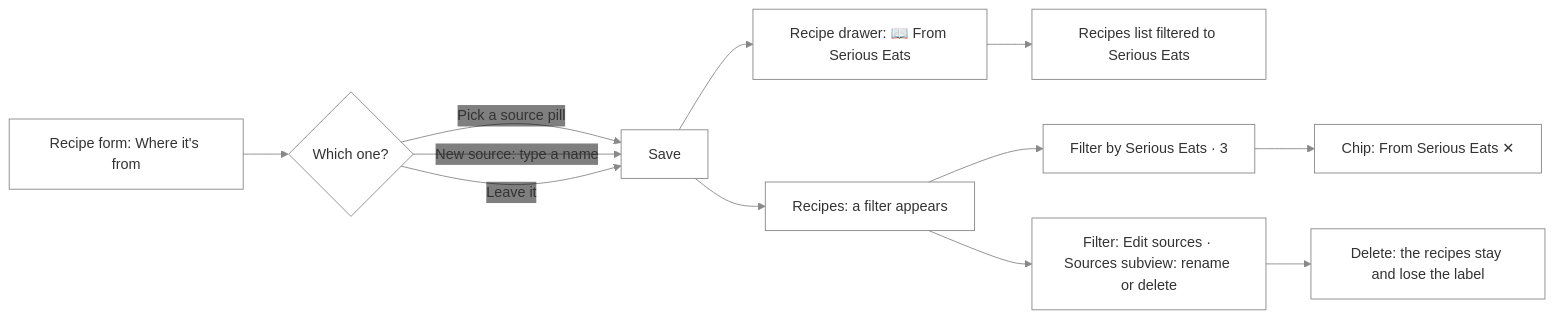
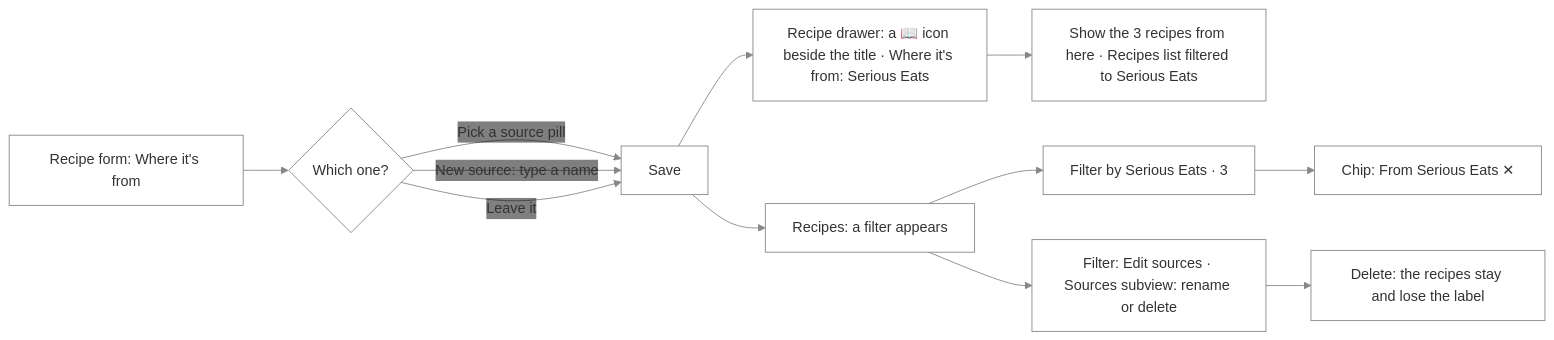
One commit to NovaMoonX/moondreams-dev-apps changed diagram 40 of 54 in src/apps/pinch/UX.md. Above: the diagram before and after it, drawn with Mermaid. The commit also changed other lines of this file and 4 other files, not shown here.

````diff
--- a/src/apps/pinch/UX.md
+++ b/src/apps/pinch/UX.md
@@ -1337,13 +1327,13 @@
 ```mermaid
 %%{init: {'theme': 'base', 'themeVariables': {'primaryColor': 'transparent', 'clusterBkg': 'transparent', 'primaryBorderColor': '#888888', 'clusterBorder': '#888888', 'lineColor': '#888888', 'primaryTextColor': '#333333'}}}%%
 flowchart LR
     A["Recipe form: Where it's from"] --> B{"Which one?"}
     B -->|Pick a source pill| D[Save]
     B -->|New source: type a name| D
     B -->|Leave it| D
-    D --> E["Recipe drawer: 📖 From Serious Eats"]
+    D --> E["Recipe drawer: a 📖 icon beside the title · Where it's from: Serious Eats"]
     D --> F["Recipes: a filter appears"]
     F --> G["Filter by Serious Eats · 3"] --> H["Chip: From Serious Eats ✕"]
-    E --> E2["Recipes list filtered to Serious Eats"]
+    E --> E2["Show the 3 recipes from here · Recipes list filtered to Serious Eats"]
     F --> I["Filter: Edit sources · Sources subview: rename or delete"] --> J["Delete: the recipes stay and lose the label"]
 ```
````
